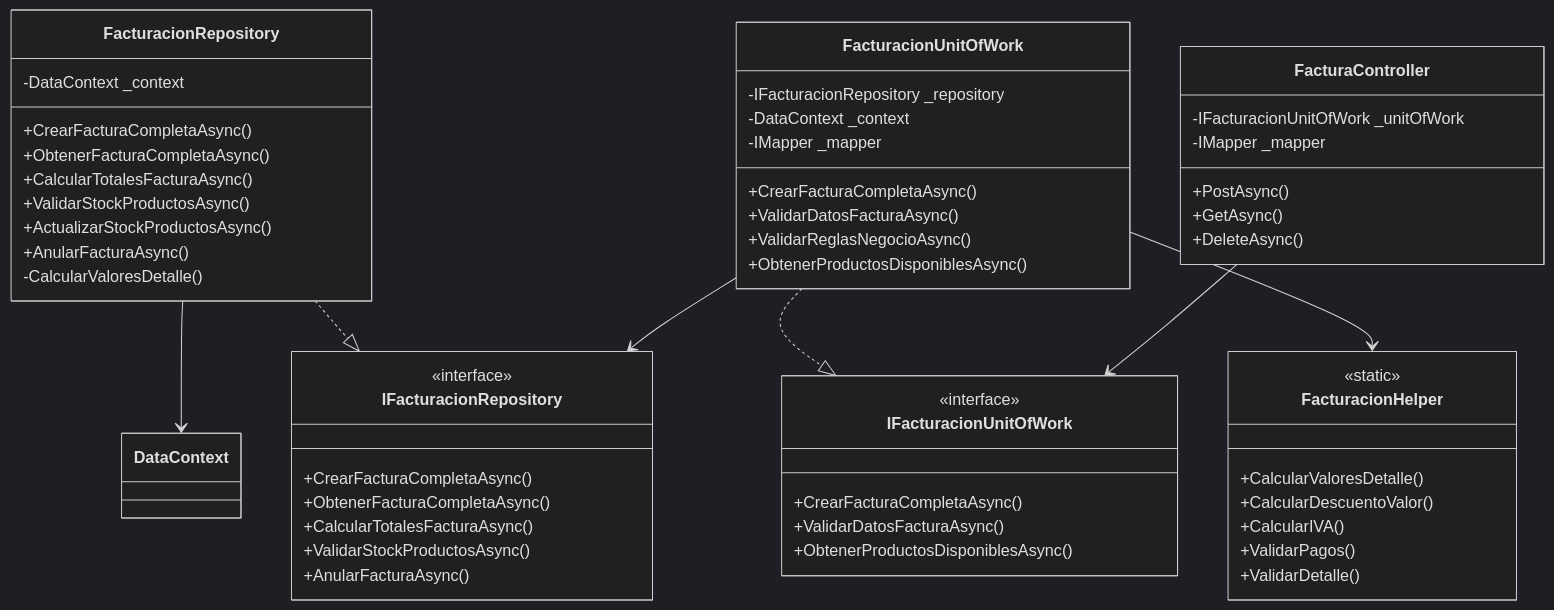
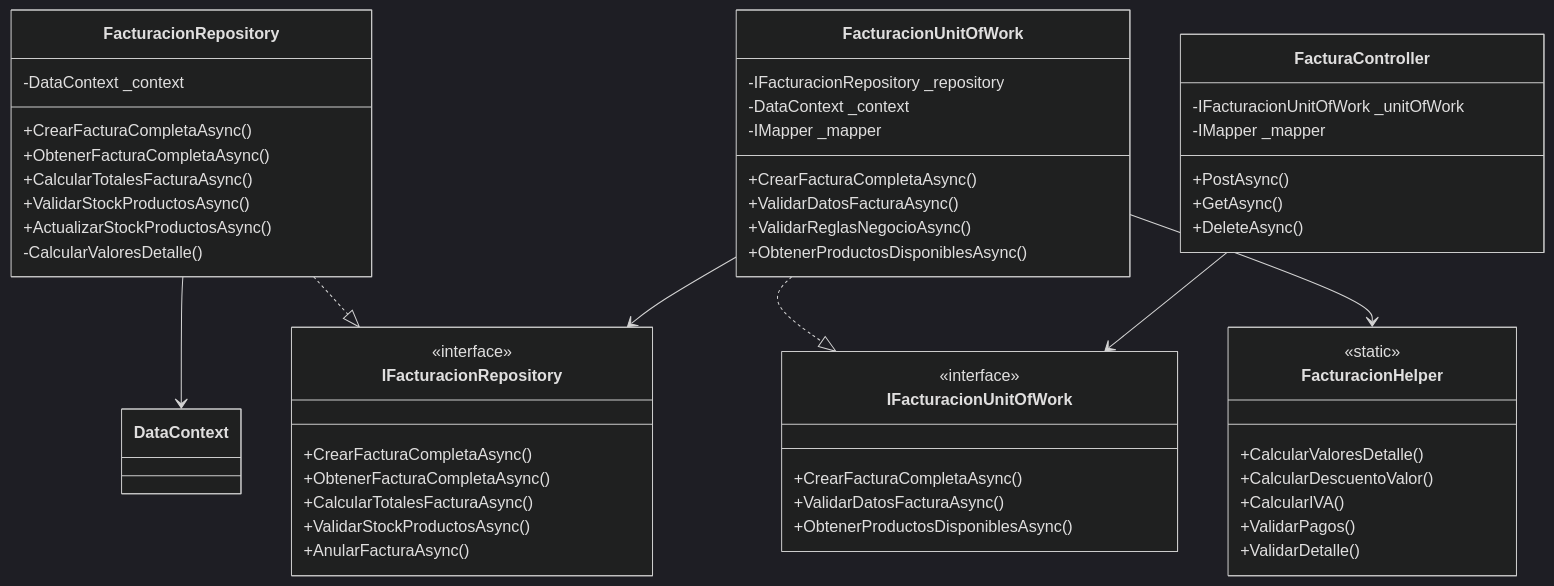
Before and after one commit to KevinMT98/SUPERMERCADO_POS: the second of 2 diagrams in SUPERMERCADO/README.md, drawn with Mermaid (dark theme). The commit also changed other lines of this file, not shown here.

````diff
--- a/SUPERMERCADO/README.md
+++ b/SUPERMERCADO/README.md
@@ -764,63 +524,62 @@
 ```mermaid
 classDiagram
     class IFacturacionRepository {
         <<interface>>
         +CrearFacturaCompletaAsync()
         +ObtenerFacturaCompletaAsync()
         +CalcularTotalesFacturaAsync()
         +ValidarStockProductosAsync()
         +AnularFacturaAsync()
     }
 
     class FacturacionRepository {
         -DataContext _context
         +CrearFacturaCompletaAsync()
         +ObtenerFacturaCompletaAsync()
         +CalcularTotalesFacturaAsync()
         +ValidarStockProductosAsync()
         +ActualizarStockProductosAsync()
-        +AnularFacturaAsync()
         -CalcularValoresDetalle()
     }
 
     class IFacturacionUnitOfWork {
         <<interface>>
         +CrearFacturaCompletaAsync()
         +ValidarDatosFacturaAsync()
         +ObtenerProductosDisponiblesAsync()
     }
 
     class FacturacionUnitOfWork {
         -IFacturacionRepository _repository
         -DataContext _context
         -IMapper _mapper
         +CrearFacturaCompletaAsync()
         +ValidarDatosFacturaAsync()
         +ValidarReglasNegocioAsync()
         +ObtenerProductosDisponiblesAsync()
     }
 
     class FacturaController {
         -IFacturacionUnitOfWork _unitOfWork
         -IMapper _mapper
         +PostAsync()
         +GetAsync()
         +DeleteAsync()
     }
 
     class FacturacionHelper {
         <<static>>
         +CalcularValoresDetalle()
         +CalcularDescuentoValor()
         +CalcularIVA()
         +ValidarPagos()
         +ValidarDetalle()
     }
 
     FacturaController --> IFacturacionUnitOfWork
     FacturacionUnitOfWork ..|> IFacturacionUnitOfWork
     FacturacionUnitOfWork --> IFacturacionRepository
     FacturacionRepository ..|> IFacturacionRepository
     FacturacionRepository --> DataContext
     FacturacionUnitOfWork --> FacturacionHelper
 ```
````
